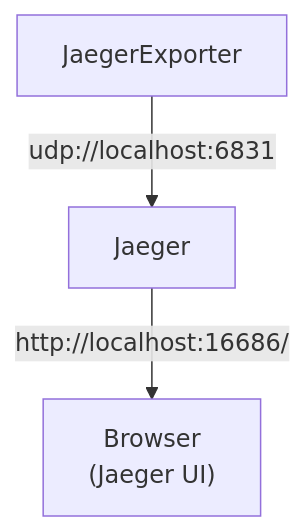
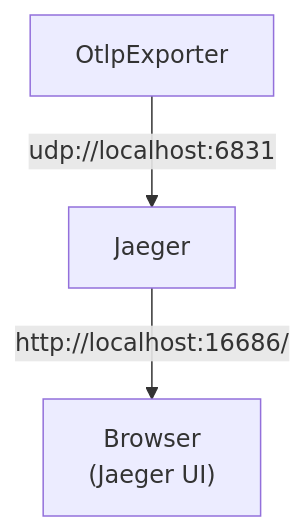
Before and after one commit to open-telemetry/opentelemetry-dotnet: the second of 3 diagrams in docs/trace/getting-started-jaeger/README.md, drawn with Mermaid. The commit also changed other lines of this file and 3 other files, not shown here.

Commit message:
[DOC] Update Jaeger tutorial to use OTLP Exporter

````diff
--- a/docs/trace/getting-started-jaeger/README.md
+++ b/docs/trace/getting-started-jaeger/README.md
@@ -133,6 +137,6 @@
 ```mermaid
 graph TD
 
-JaegerExporter["JaegerExporter"] --> |udp://localhost:6831| Jaeger
+OtlpExporter["OtlpExporter"] --> |udp://localhost:6831| Jaeger
 Jaeger -->|http://localhost:16686/| JaegerUI["Browser<br/>(Jaeger UI)"]
 ```
````
